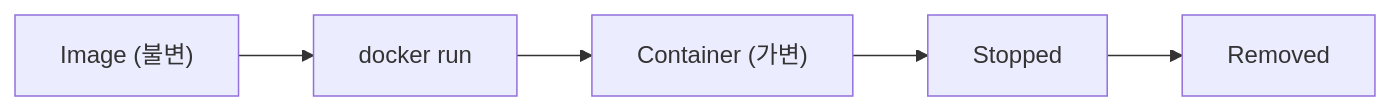
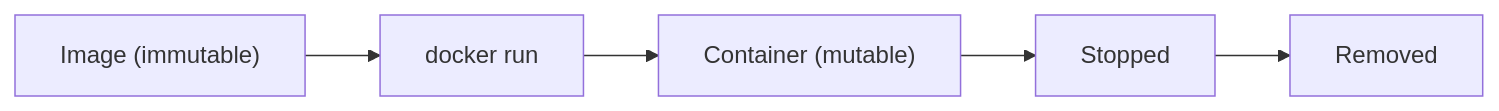
Before and after one commit to yeongseon-books/book-content: the diagram in content/docker-101/ko/02-image-and-container.md, drawn with Mermaid. The commit also changed other lines of this file and 9 other files, not shown here.

````diff
--- a/content/docker-101/ko/02-image-and-container.md
+++ b/content/docker-101/ko/02-image-and-container.md
@@ -35,7 +49,7 @@
 ```mermaid
 flowchart LR
-    Image["Image (불변)"] --> Run["docker run"]
-    Run --> Container["Container (가변)"]
+    Image["Image (immutable)"] --> Run["docker run"]
+    Run --> Container["Container (mutable)"]
     Container --> Stop["Stopped"]
     Stop --> Rm["Removed"]
 ```
````
